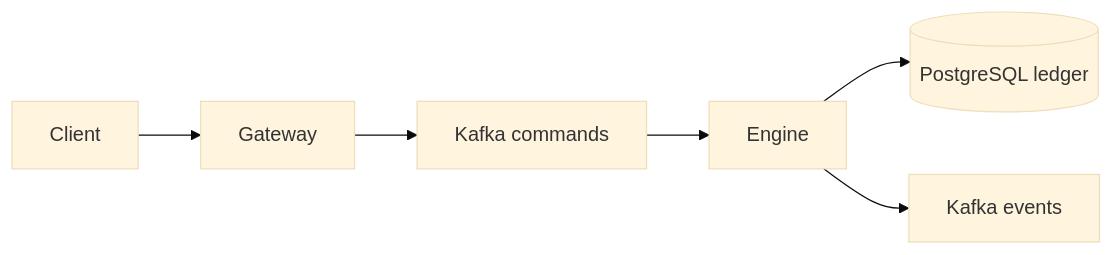
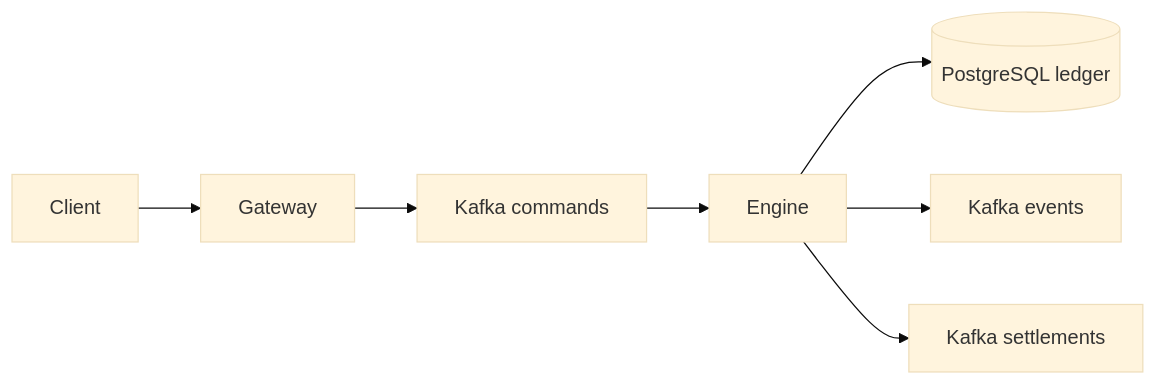
One commit to victorgmacedo/mb changed the diagram in AGENTS.md. Above: the diagram before and after it, drawn with Mermaid (base theme). The commit also changed other lines of this file and 14 other files, not shown here.

````diff
--- a/AGENTS.md
+++ b/AGENTS.md
@@ -26,8 +26,9 @@
 ```mermaid
 flowchart LR
     Client --> Gateway
     Gateway --> Commands[Kafka commands]
     Commands --> Engine
     Engine --> Postgres[(PostgreSQL ledger)]
     Engine --> Events[Kafka events]
+    Engine --> Settlements[Kafka settlements]
 ```
````
